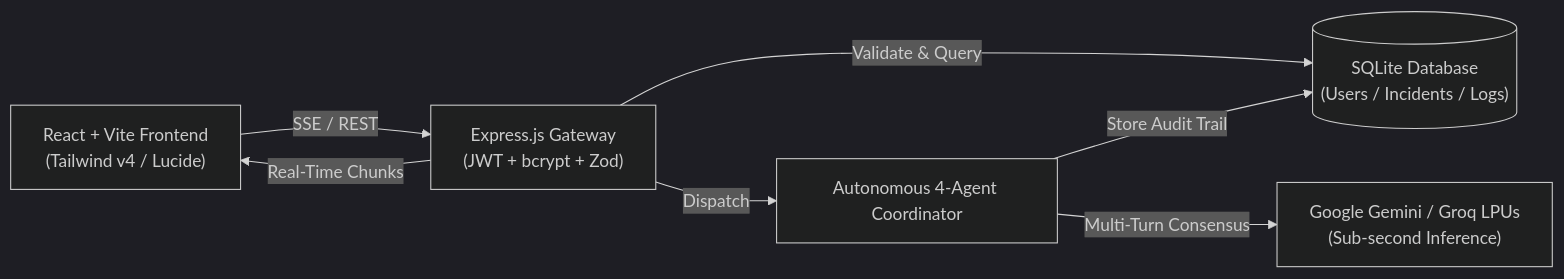
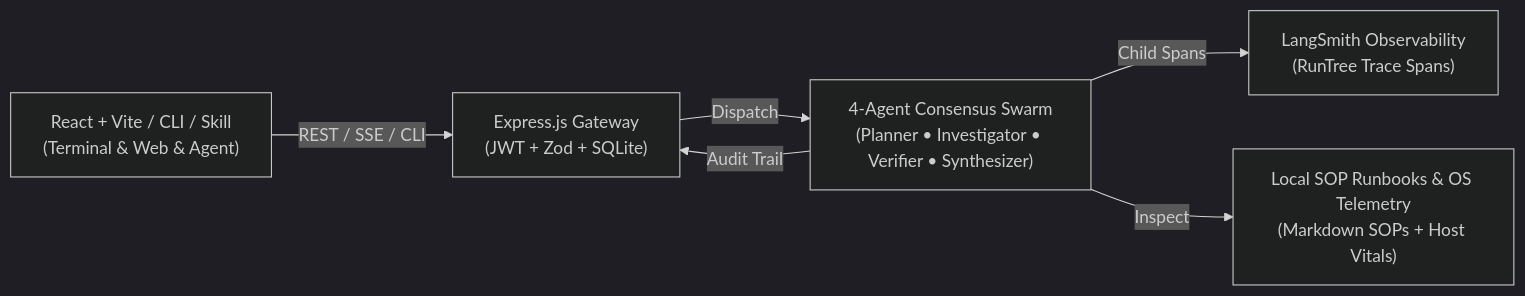
The diagram in presentation/slides.md (abbysallord/16Bits), drawn with Mermaid (dark theme) before and after one commit. The commit also changed other lines of this file, not shown here.

Commit message:
docs(presentation): align slides with LangSmith, CLI, and Agent Skill

````diff
--- a/presentation/slides.md
+++ b/presentation/slides.md
@@ -104,15 +104,14 @@
 ```mermaid
 graph LR
-    Client["React + Vite Frontend\n(Tailwind v4 / Lucide)"]
-    API["Express.js Gateway\n(JWT + bcrypt + Zod)"]
-    DB[("SQLite Database\n(Users / Incidents / Logs)")]
-    Swarm["Autonomous 4-Agent Coordinator"]
-    AI["Google Gemini / Groq LPUs\n(Sub-second Inference)"]
+    Client["React + Vite / CLI / Skill\n(Terminal & Web & Agent)"]
+    API["Express.js Gateway\n(JWT + Zod + SQLite)"]
+    Swarm["4-Agent Consensus Swarm\n(Planner • Investigator • Verifier • Synthesizer)"]
+    Obs["LangSmith Observability\n(RunTree Trace Spans)"]
+    Runbooks["Local SOP Runbooks & OS Telemetry\n(Markdown SOPs + Host Vitals)"]
 
-    Client -->|SSE / REST| API
-    API -->|Validate & Query| DB
+    Client -->|REST / SSE / CLI| API
     API -->|Dispatch| Swarm
-    Swarm -->|Multi-Turn Consensus| AI
-    Swarm -->|Store Audit Trail| DB
-    API -->|Real-Time Chunks| Client
+    Swarm -->|Child Spans| Obs
+    Swarm -->|Inspect| Runbooks
+    Swarm -->|Audit Trail| API
 ```
````
